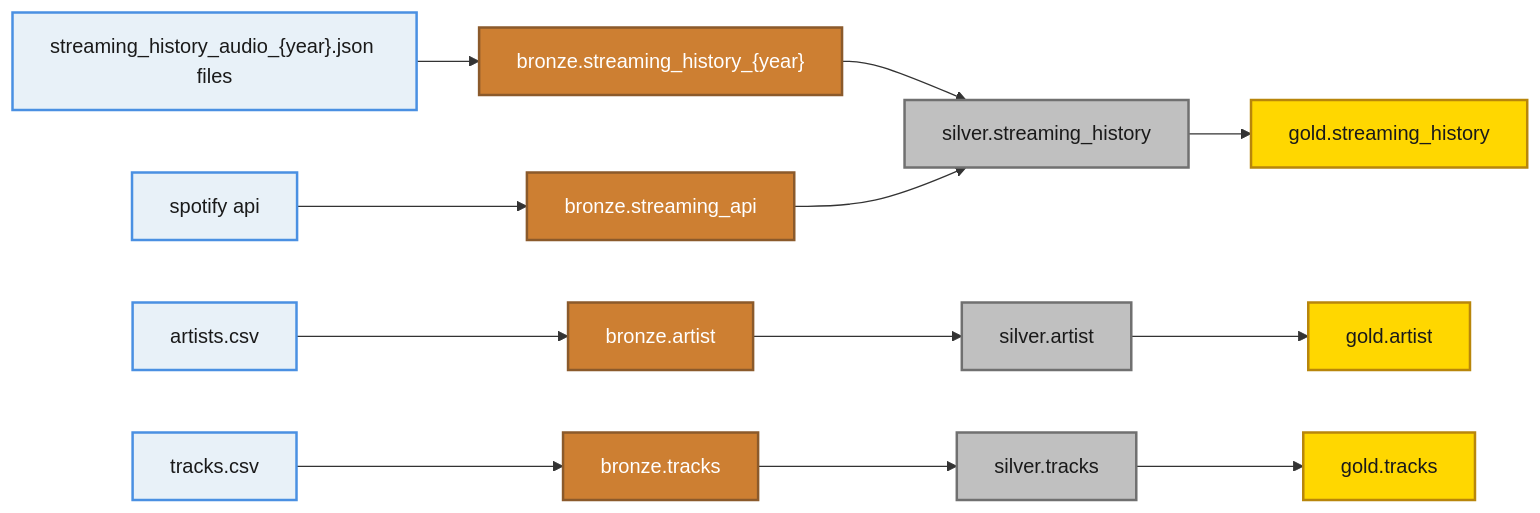
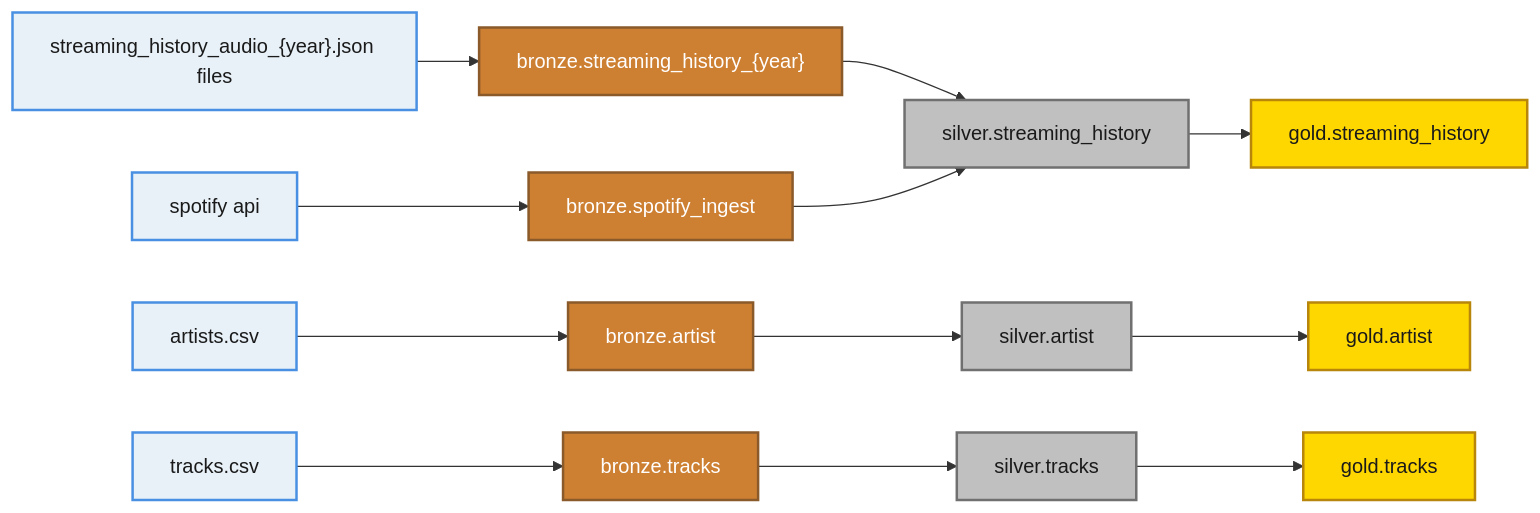
The diagram in README.md (Kevin-Ha-/spotify-playlist-analysis), drawn with Mermaid before and after one commit.

Commit message:
Update BronzeAPI reference in README.md

````diff
--- a/README.md
+++ b/README.md
@@ -12,56 +12,56 @@
 ```mermaid
 %%{init: {"flowchart": {"diagramPadding": 150}}}%%
 flowchart LR
 
     %% Source Files
     SHCSV["streaming_history_audio_{year}.json files"]
     SHAPI["spotify api"]
     ArtistCSV["artists.csv"]
     TracksCSV["tracks.csv"]
 
     %% Bronze Layer
     BronzeSH["bronze.streaming_history_{year}"]
-    BronzeAPI["bronze.streaming_api"]
+    BronzeAPI["bronze.spotify_ingest"]
     BronzeArtist["bronze.artist"]
     BronzeTracks["bronze.tracks"]
 
     %% Silver Layer
     SilverSH["silver.streaming_history"]
     SilverArtist["silver.artist"]
     SilverTracks["silver.tracks"]
 
     %% Gold Layer
     GoldSH["gold.streaming_history"]
     GoldArtist["gold.artist"]
     GoldTracks["gold.tracks"]
 
     %% Streaming History
     SHCSV --> BronzeSH
     SHAPI --> BronzeAPI
 
     BronzeSH --> SilverSH
     BronzeAPI --> SilverSH
 
     SilverSH --> GoldSH
 
     %% Artist
     ArtistCSV --> BronzeArtist
     BronzeArtist --> SilverArtist
     SilverArtist --> GoldArtist
 
     %% Tracks
     TracksCSV --> BronzeTracks
     BronzeTracks --> SilverTracks
     SilverTracks --> GoldTracks
 
     %% Styling
     classDef source fill:#e8f1f8,stroke:#4a90e2,stroke-width:2px,color:#1a1a1a
     classDef bronze fill:#CD7F32,stroke:#8B5A2B,stroke-width:2px,color:#ffffff
     classDef silver fill:#C0C0C0,stroke:#707070,stroke-width:2px,color:#1a1a1a
     classDef gold fill:#FFD700,stroke:#B8860B,stroke-width:2px,color:#1a1a1a
 
     class SHCSV,SHAPI,ArtistCSV,TracksCSV source
     class BronzeSH,BronzeAPI,BronzeArtist,BronzeTracks bronze
     class SilverSH,SilverArtist,SilverTracks silver
     class GoldSH,GoldArtist,GoldTracks gold
 ```
````
